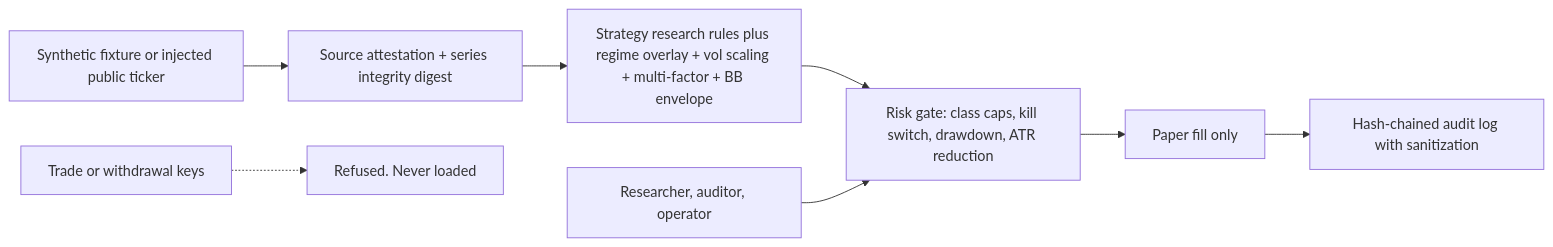
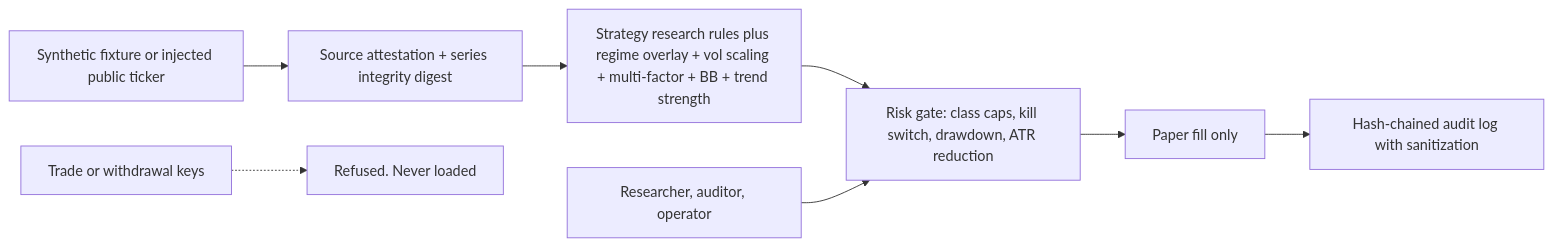
One commit to kkzee92/aixtech-crypto-intel changed the diagram in docs/security-architecture.md. Above: the diagram before and after it, drawn with Mermaid. The commit also changed other lines of this file, not shown here.

Commit message:
Update security architecture to v0.7 with trend strength notes

````diff
--- a/docs/security-architecture.md
+++ b/docs/security-architecture.md
@@ -11,10 +10,10 @@
 ```mermaid
 flowchart LR
     F["Synthetic fixture or injected public ticker"] --> AT["Source attestation + series integrity digest"]
-    AT --> S["Strategy research rules plus regime overlay + vol scaling + multi-factor + BB envelope"]
+    AT --> S["Strategy research rules plus regime overlay + vol scaling + multi-factor + BB + trend strength"]
     S --> R["Risk gate: class caps, kill switch, drawdown, ATR reduction"]
     R --> P["Paper fill only"]
     P --> A["Hash-chained audit log with sanitization"]
     K["Trade or withdrawal keys"] -.-> X["Refused. Never loaded"]
     RBAC["Researcher, auditor, operator"] --> R
 ```
````
